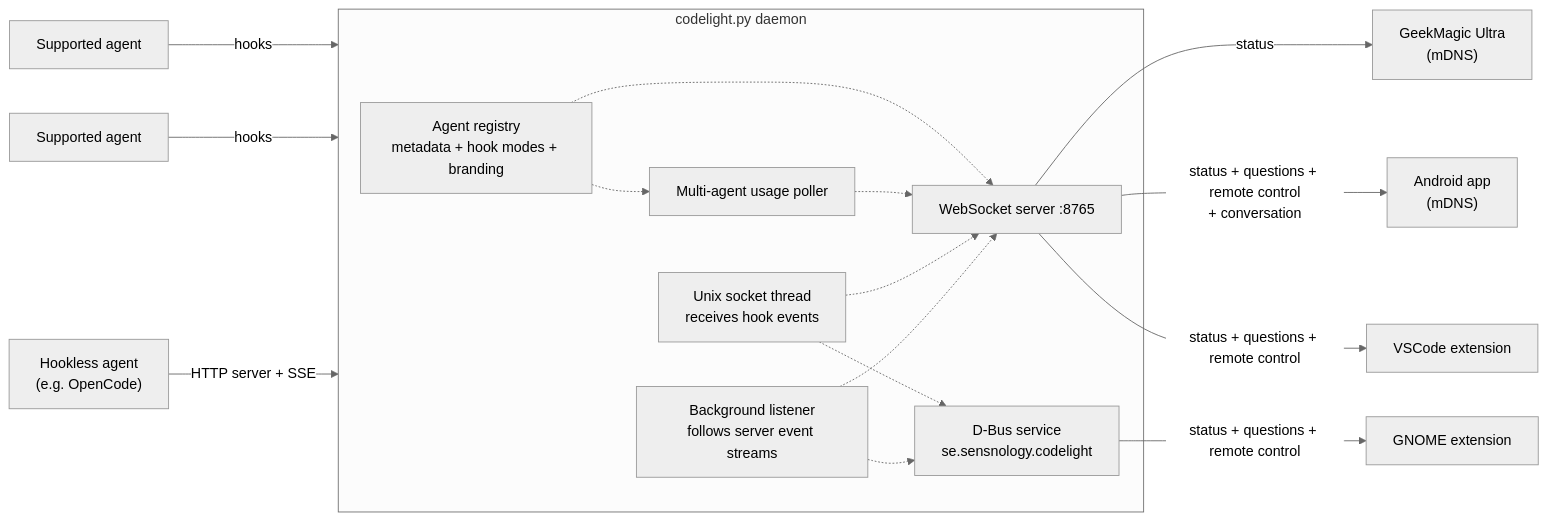
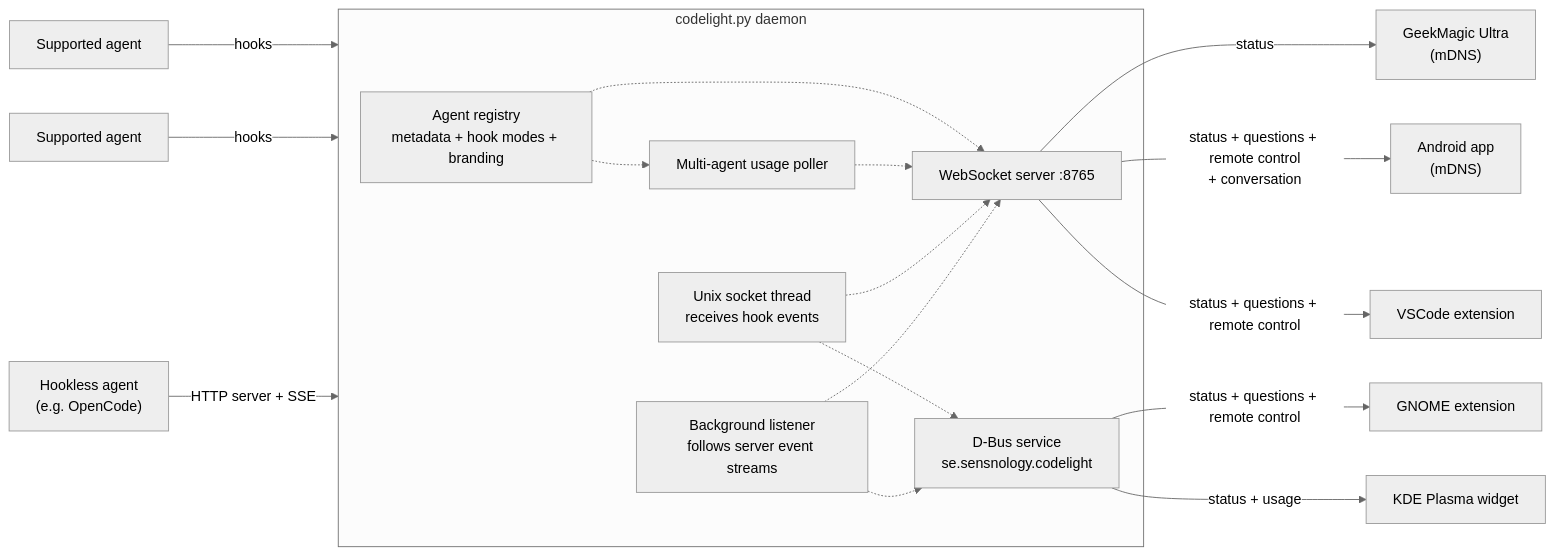
One commit to henrikekblad/codelight changed the diagram in companion/README.md. Above: the diagram before and after it, drawn with Mermaid (neutral theme). The commit also changed other lines of this file and 21 other files, not shown here.

First line of the commit message:
feat(kde-plasma): add Plasma 6 status and usage applet

````diff
--- a/companion/README.md
+++ b/companion/README.md
@@ -234,28 +237,29 @@
 ```mermaid
 flowchart LR
     A1["Supported agent"] -->|hooks| D
     A2["Supported agent"] -->|hooks| D
     A3["Hookless agent<br/>(e.g. OpenCode)"] -->|HTTP server + SSE| D
 
     subgraph D["codelight.py daemon"]
         REG["Agent registry<br/>metadata + hook modes + branding"]
         SOCK["Unix socket thread<br/>receives hook events"]
         LISTEN["Background listener<br/>follows server event streams"]
         USAGE["Multi-agent usage poller"]
         WS["WebSocket server :8765"]
         DBUS["D-Bus service<br/>se.sensnology.codelight"]
     end
 
     WS -->|status| SCREEN["GeekMagic Ultra<br/>(mDNS)"]
     WS -->|status + questions + remote control<br/>+ conversation| ANDROID["Android app<br/>(mDNS)"]
     WS -->|status + questions + remote control| VSCODE["VSCode extension"]
     DBUS -->|status + questions + remote control| GNOME["GNOME extension"]
+    DBUS -->|status + usage| KDE["KDE Plasma widget"]
 
     REG -.-> USAGE
     REG -.-> WS
     USAGE -.-> WS
     SOCK -.-> WS
     SOCK -.-> DBUS
     LISTEN -.-> WS
     LISTEN -.-> DBUS
 ```
````
